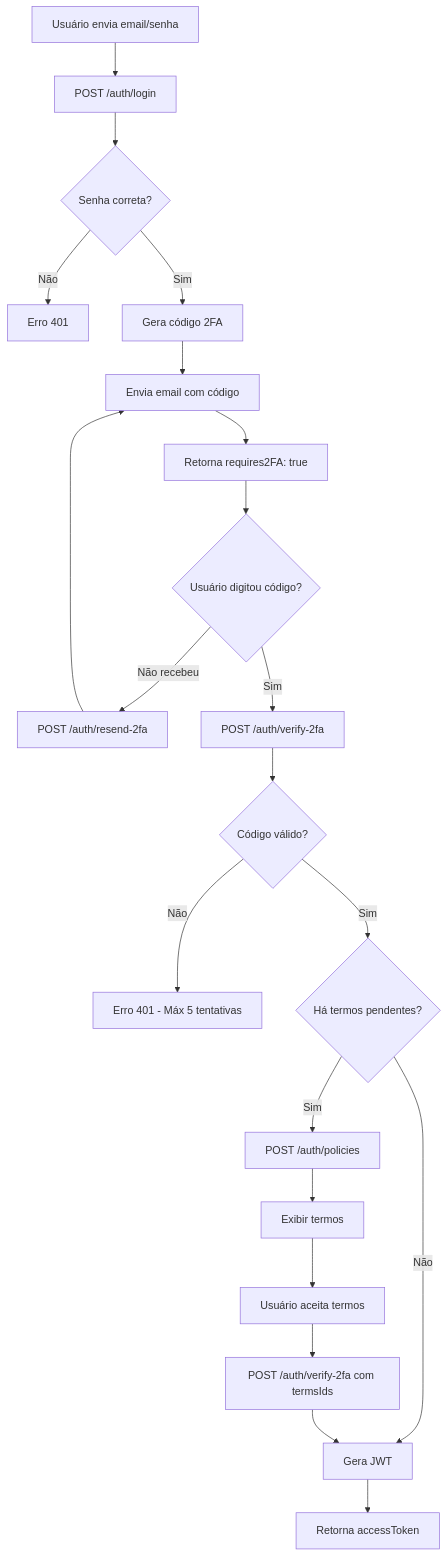
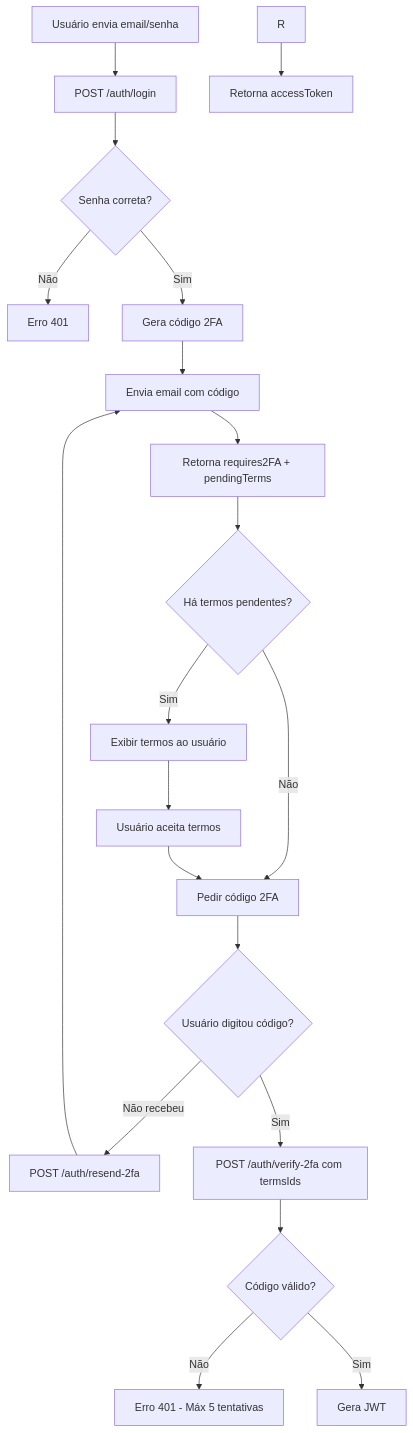
One commit to werterpires/salt-in-forms-back changed the diagram in AUTHENTICATION_2FA_DOCS.md. Above: the diagram before and after it, drawn with Mermaid. The commit also changed other lines of this file and 5 other files, not shown here.

Commit message:
feat: enhance 2FA login response to include pending terms and update related validation logic

````diff
--- a/AUTHENTICATION_2FA_DOCS.md
+++ b/AUTHENTICATION_2FA_DOCS.md
@@ -133,23 +120,22 @@
 ```mermaid
 graph TD
     A[Usuário envia email/senha] --> B[POST /auth/login]
     B --> C{Senha correta?}
     C -->|Não| D[Erro 401]
     C -->|Sim| E[Gera código 2FA]
     E --> F[Envia email com código]
-    F --> G[Retorna requires2FA: true]
-    G --> H{Usuário digitou código?}
-    H -->|Não recebeu| I[POST /auth/resend-2fa]
-    I --> F
-    H -->|Sim| J[POST /auth/verify-2fa]
-    J --> K{Código válido?}
-    K -->|Não| L[Erro 401 - Máx 5 tentativas]
-    K -->|Sim| M{Há termos pendentes?}
-    M -->|Sim| N[POST /auth/policies]
-    N --> O[Exibir termos]
-    O --> P[Usuário aceita termos]
-    P --> Q[POST /auth/verify-2fa com termsIds]
-    M -->|Não| R[Gera JWT]
-    Q --> R
+    F --> G[Retorna requires2FA + pendingTerms]
+    G --> H{Há termos pendentes?}
+    H -->|Sim| I[Exibir termos ao usuário]
+    H -->|Não| J[Pedir código 2FA]
+    I --> K[Usuário aceita termos]
+    K --> J
+    J --> L{Usuário digitou código?}
+    L -->|Não recebeu| M[POST /auth/resend-2fa]
+    M --> F
+    L -->|Sim| N[POST /auth/verify-2fa com termsIds]
+    N --> O{Código válido?}
+    O -->|Não| P[Erro 401 - Máx 5 tentativas]
+    O -->|Sim| Q[Gera JWT]
     R --> S[Retorna accessToken]
 ```
````
